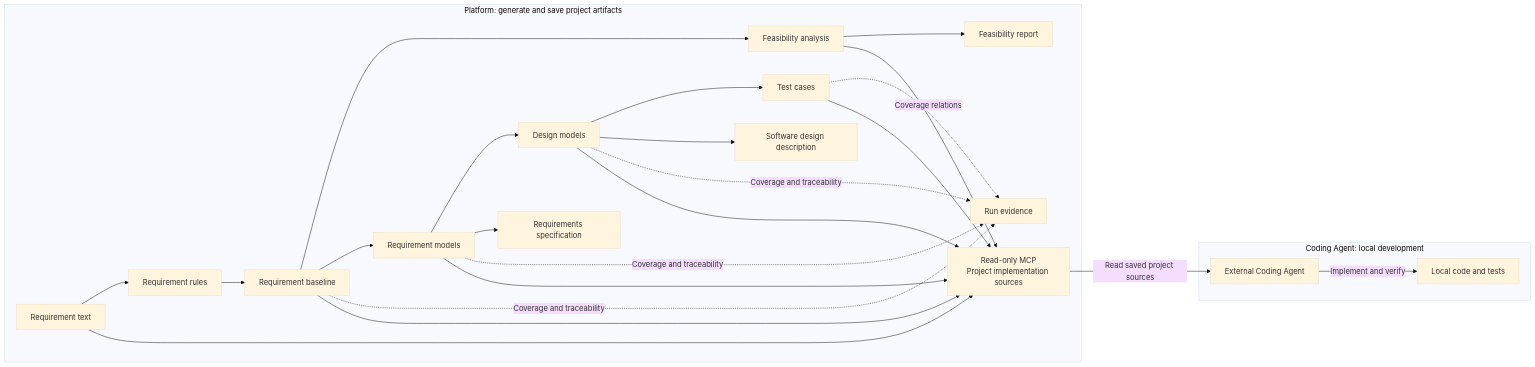
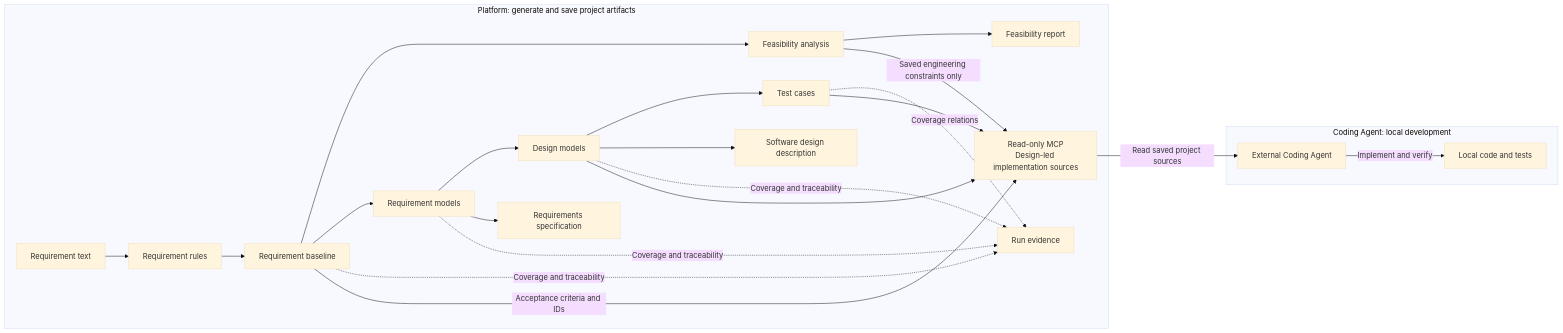
Before and after one commit to guolola/ai-software-engineering-platform: the first of 2 diagrams in README.md, drawn with Mermaid (base theme). The commit also changed other lines of this file and 21 other files, not shown here.

Commit message:
fix: align MCP coding context with saved designs and acceptance criteria

````diff
--- a/README.md
+++ b/README.md
@@ -128,30 +130,29 @@
 ```mermaid
 flowchart LR
   subgraph platform["Platform: generate and save project artifacts"]
     A["Requirement text"] --> B["Requirement rules"]
     B --> C["Requirement baseline"]
     C --> D["Feasibility analysis"]
     C --> E["Requirement models"]
     E --> F["Design models"]
     F --> H["Test cases"]
     D --> I["Feasibility report"]
     E --> J["Requirements specification"]
     F --> K["Software design description"]
     C -.Coverage and traceability.-> L["Run evidence"]
     E -.Coverage and traceability.-> L
     F -.Coverage and traceability.-> L
     H -.Coverage relations.-> L
-    A --> M["Read-only MCP<br/>Project implementation sources"]
-    C --> M
-    D --> M
-    E --> M
+    M["Read-only MCP<br/>Design-led implementation sources"]
+    C -->|"Acceptance criteria and IDs"| M
+    D -->|"Saved engineering constraints only"| M
     F --> M
     H --> M
   end
 
   subgraph agent["Coding Agent: local development"]
     G["External Coding Agent"] -->|"Implement and verify"| N["Local code and tests"]
   end
 
   M -->|"Read saved project sources"| G
 ```
````
